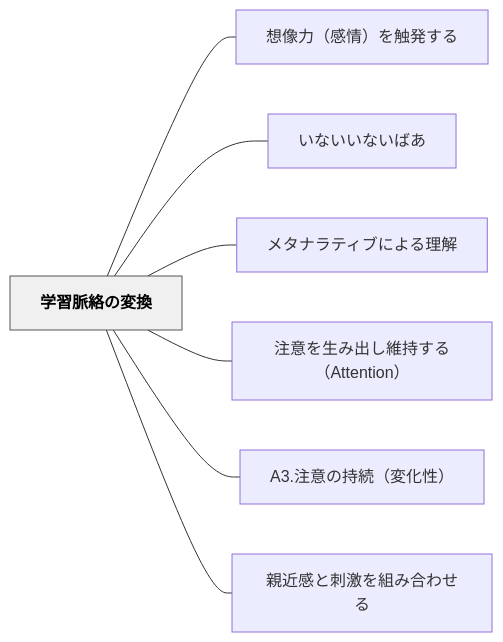
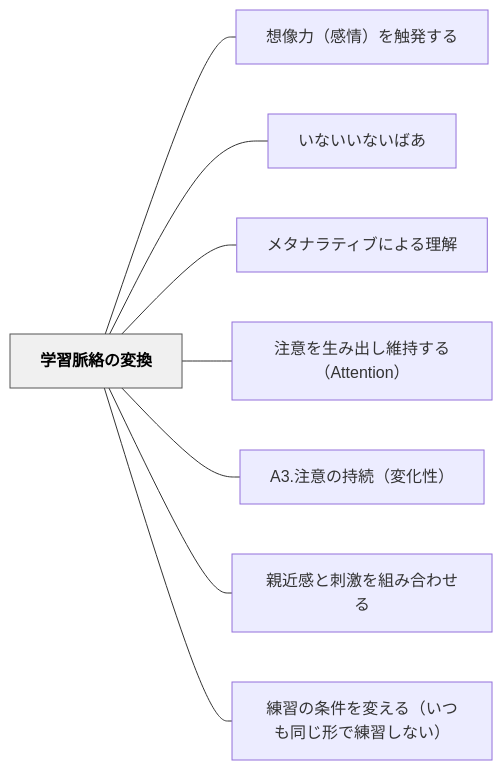
Before and after one commit to unknownthings-ed-patterns/unknownthings-ed-patterns: the diagram in content/パタン/学習脈絡の変換.md, drawn with Mermaid. The commit also changed other lines of this file and 15 other files, not shown here.

````diff
--- a/content/パタン/学習脈絡の変換.md
+++ b/content/パタン/学習脈絡の変換.md
@@ -49,20 +50,22 @@
 ```mermaid
 flowchart LR
     ne5ada6e7bf92e88488e7b5a1e381aee5a489e68f9b["学習脈絡の変換"]
     ne683b3e5838fe58a9befbc88e6849fe68385efbc89e38292e8a7a6e799bae38199e3828b["想像力（感情）を触発する"]
     ne38184e381aae38184e38184e381aae38184e381b0e38182["いないいないばあ"]
     ne383a1e382bfe3838ae383a9e38386e382a3e38396e381abe38288e3828be79086e8a7a3["メタナラティブによる理解"]
     ne6b3a8e6848fe38292e7949fe381bfe587bae38197e7b6ade68c81e38199e3828befbc88417474656e74696f6eefbc89["注意を生み出し維持する（Attention）"]
     n41332ee6b3a8e6848fe381aee68c81e7b69aefbc88e5a489e58c96e680a7efbc89["A3.注意の持続（変化性）"]
     ne8a6aae8bf91e6849fe381a8e588bae6bf80e38292e7b584e381bfe59088e3828fe3819be3828b["親近感と刺激を組み合わせる"]
+    ne7b7b4e7bf92e381aee69da1e4bbb6e38292e5a489e38188e3828befbc88e38184e381a4e38282e5908ce38198e5bda2e381a7e7b7b4e7bf92e38197e381aae38184efbc89["練習の条件を変える（いつも同じ形で練習しない）"]
 
     ne5ada6e7bf92e88488e7b5a1e381aee5a489e68f9b --- ne683b3e5838fe58a9befbc88e6849fe68385efbc89e38292e8a7a6e799bae38199e3828b
     ne5ada6e7bf92e88488e7b5a1e381aee5a489e68f9b --- ne38184e381aae38184e38184e381aae38184e381b0e38182
     ne5ada6e7bf92e88488e7b5a1e381aee5a489e68f9b --- ne383a1e382bfe3838ae383a9e38386e382a3e38396e381abe38288e3828be79086e8a7a3
     ne5ada6e7bf92e88488e7b5a1e381aee5a489e68f9b --- ne6b3a8e6848fe38292e7949fe381bfe587bae38197e7b6ade68c81e38199e3828befbc88417474656e74696f6eefbc89
     ne5ada6e7bf92e88488e7b5a1e381aee5a489e68f9b --- n41332ee6b3a8e6848fe381aee68c81e7b69aefbc88e5a489e58c96e680a7efbc89
     ne5ada6e7bf92e88488e7b5a1e381aee5a489e68f9b --- ne8a6aae8bf91e6849fe381a8e588bae6bf80e38292e7b584e381bfe59088e3828fe3819be3828b
+    ne5ada6e7bf92e88488e7b5a1e381aee5a489e68f9b --- ne7b7b4e7bf92e381aee69da1e4bbb6e38292e5a489e38188e3828befbc88e38184e381a4e38282e5908ce38198e5bda2e381a7e7b7b4e7bf92e38197e381aae38184efbc89
 
     classDef hub fill:#f0f0f0,stroke:#555,color:#000,font-weight:bold
     class ne5ada6e7bf92e88488e7b5a1e381aee5a489e68f9b hub
 ```
````
